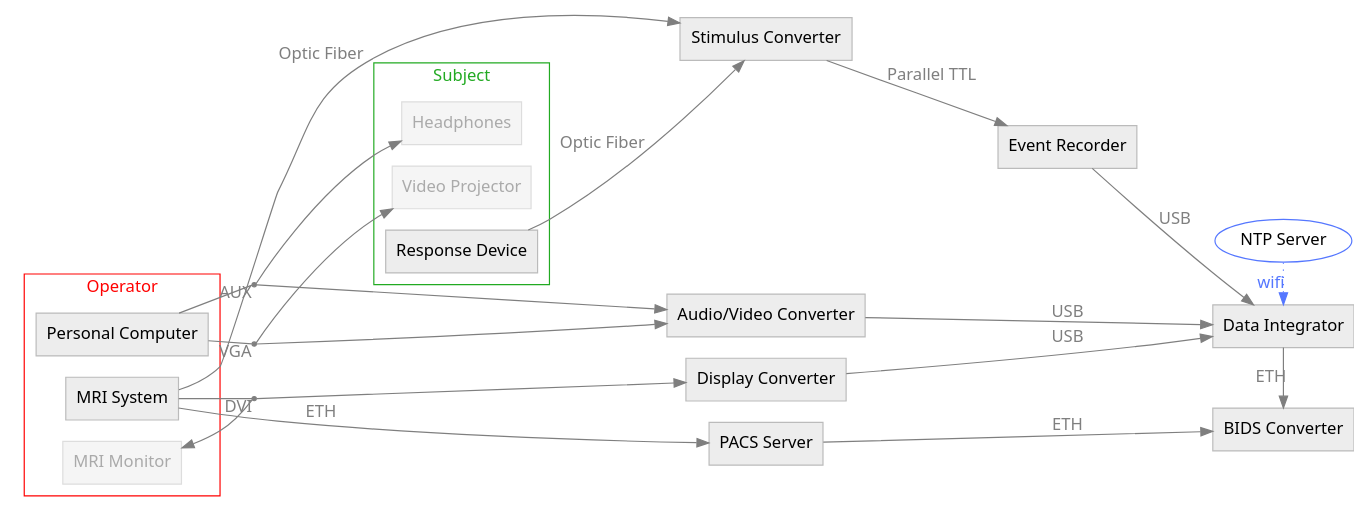
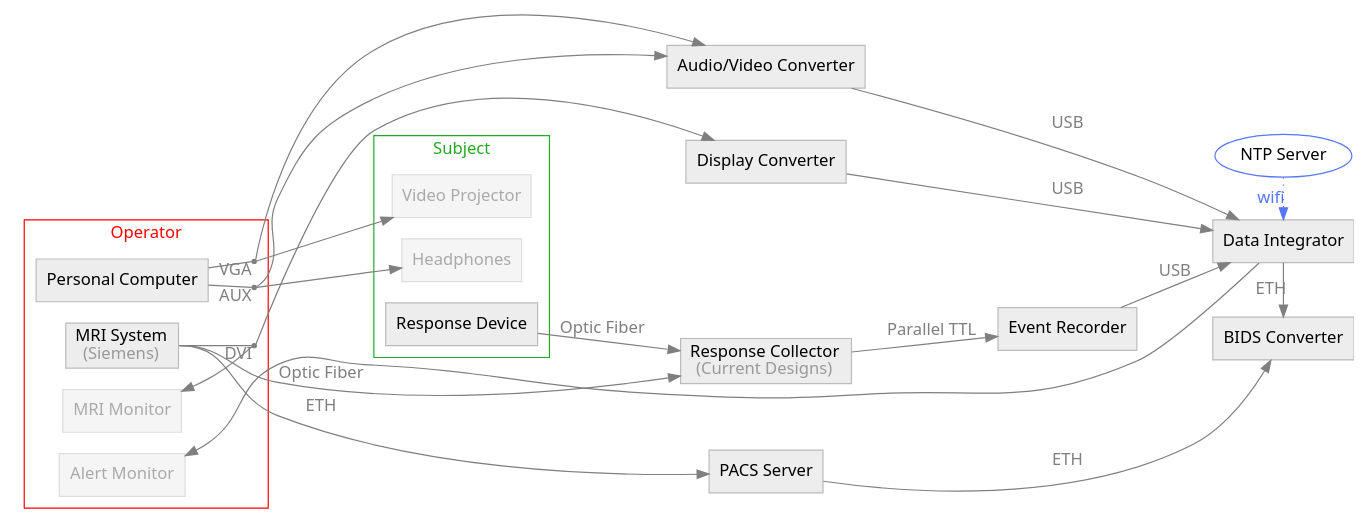
One commit to ReproNim/reprostim changed the diagram in docs/environment.dot. Above: the diagram before and after it, drawn with Graphviz. The commit also changed 1 other file, not shown here.

Commit message:
Added alert monitor

```diff
--- a/docs/environment.dot
+++ b/docs/environment.dot
@@ -1,67 +1,69 @@
 digraph graphname {
     size="14,8";
     graph [fontname = "sans", margin=0, splines=spline];
     rankdir="LR";
     node [fontname = "sans", style=filled];
     edge [fontname = "sans", color=gray50];
     ntp[label="NTP Server", shape=ellipse, fillcolor=white, color="#5577FF"]
     vga[shape=point, color=gray50];
     aux[shape=point, color=gray50];
     aud[label="Audio/Video Converter", shape=box, color="#BBBBBB", fillcolor=grey93];
     dis[label="Display Converter", shape=box, color="#BBBBBB", fillcolor=grey93];
     eve[label="Event Recorder", shape=box, color="#BBBBBB", fillcolor=grey93];
     dat[label="Data Integrator", shape=box, color="#BBBBBB", fillcolor=grey93];
     pac[label="PACS Server", shape=box, color="#BBBBBB", fillcolor=grey93];
     bid[label="BIDS Converter", shape=box, color="#BBBBBB", fillcolor=grey93];
-    sti[label="Stimulus Converter", shape=box, color="#BBBBBB", fillcolor=grey93];
+    rec[label=<Response Collector<BR/><FONT COLOR="#999999">(Current Designs)</FONT>>, shape=box, color="#BBBBBB", fillcolor=grey93];
     dvi[shape=point, color=gray50]
     subgraph cluster_operator {
         label="Operator";
         fontcolor=red;
         color=red;
         margin=10;
 
         per[label="Personal Computer", shape=box, color="#BBBBBB", fillcolor=grey93];
-        mri[label="MRI System", shape=box, color="#BBBBBB", fillcolor=grey93];
+        mri[label=<MRI System<BR/><FONT COLOR="#999999">(Siemens)</FONT>>, shape=box, color="#BBBBBB", fillcolor=grey93];
         mrm[label="MRI Monitor", shape=box, color="#DDDDDD", fillcolor=grey96, fontcolor="#AAAAAA"];
+    mri -> dvi[headlabel="DVI", color=gray50, fontcolor=gray50, arrowhead=none, weight=100];
+    per -> aux[headlabel="AUX",  color=gray50, fontcolor=gray50, arrowhead=none, weight=100];
+    per -> vga[headlabel="VGA", color=gray50, fontcolor=gray50, arrowhead=none, weight=100];
+        ale[label="Alert Monitor", shape=box, color="#DDDDDD", fillcolor=grey96, fontcolor="#AAAAAA"];
     }
 
     subgraph cluster_subject {
         label="Subject";
         fontcolor="#22AA22";
         color="#22AA22";
         margin=10;
 
         vid[label="Video Projector", shape=box, color="#DDDDDD", fillcolor=grey96, fontcolor="#AAAAAA"];
         hea[label="Headphones", shape=box, color="#DDDDDD", fillcolor=grey96, fontcolor="#AAAAAA"];
         res[label="Response Device", shape=box, color="#BBBBBB", fillcolor=grey93];
     }
 
-    mri -> dvi[headlabel="DVI", color=gray50, fontcolor=gray50, arrowhead=none];
-    per -> aux[headlabel="AUX",  color=gray50, fontcolor=gray50, arrowhead=none];
-    per -> vga[headlabel="VGA", color=gray50, fontcolor=gray50, arrowhead=none];
     dvi -> mrm[constraint=false];
     vga -> vid;
     aux -> hea;
-    mri -> sti[label="Optic Fiber", color=gray50, fontcolor=gray50, weight=3];
-    res -> sti[label="Optic Fiber", color=gray50, fontcolor=gray50];
-    sti -> eve[label="Parallel TTL", color=gray50, fontcolor=gray50];
+    mri:e -> rec[label="Optic Fiber", color=gray50, fontcolor=gray50, weight=3];
+    res -> rec[label="Optic Fiber", color=gray50, fontcolor=gray50];
+    rec -> eve[label="Parallel TTL", color=gray50, fontcolor=gray50];
     eve -> dat[label="USB", color=gray50, fontcolor=gray50];
     dvi -> dis;
     vga -> aud;
     aux -> aud;
-    mri -> pac[label="ETH", color=gray50, fontcolor=gray50, weight=3];
+    mri:e -> pac[label="ETH", color=gray50, fontcolor=gray50, weight=3];
     pac -> bid[label="ETH", color=gray50, fontcolor=gray50];
     dat -> bid[label="ETH", color=gray50, fontcolor=gray50];
     dis -> dat[label="USB", color=gray50, fontcolor=gray50];
     ntp -> dat[style=dotted, label="wifi", color="#5577FF", fontcolor="#5577FF"];
     aud -> dat[label="USB", color=gray50, fontcolor=gray50];
+    dat -> ale[constraint=false]
     //{ rank=same; op1; op2; }
-    { rank=same; aud; sti; dis; pac; }
-    //{ rank=same; aud; sti; dis; pac; hea; vid; res}
+    { rank=same; aud; rec; dis; pac; }
+    //{ rank=same; aud; rec; dis; pac; hea; vid; res}
     //{ rank=same; mri; pac; }
     { rank=same; ntp; dat; bid; }
     //{ rank=same; dvi; aux; vga; }
     //{ rank=same; per; mri; mrm; vid; hea; res; }
     //{ rank=same; cluster_subject; cluster_operator; }
 }
```
